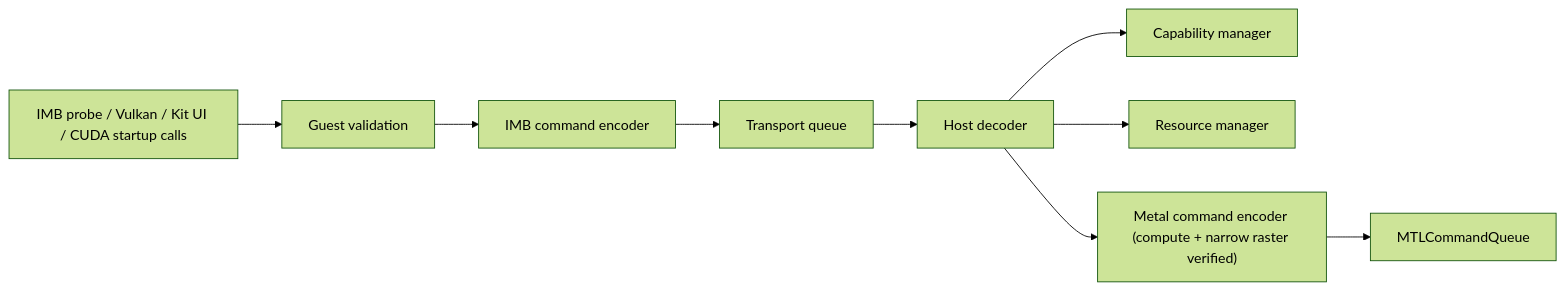
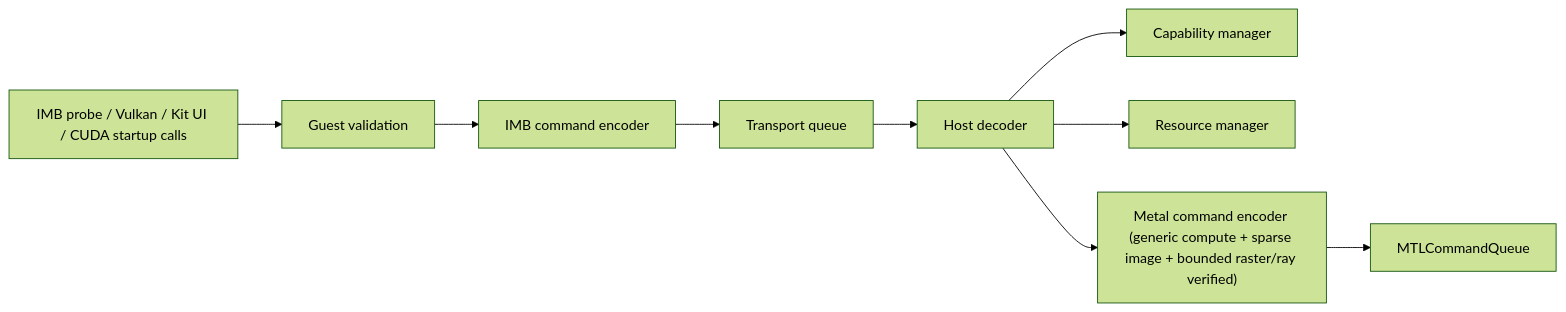
One commit to syun88/IsaacMetalBridge changed the third of 8 diagrams in docs/architecture.md. Above: the diagram before and after it, drawn with Mermaid (forest theme). The commit also changed other lines of this file and 33 other files, not shown here.

````diff
--- a/docs/architecture.md
+++ b/docs/architecture.md
@@ -51,11 +51,11 @@
 ```mermaid
 flowchart LR
   API["IMB probe / Vulkan / Kit UI / CUDA startup calls"] --> VAL["Guest validation"]
   VAL --> ENC["IMB command encoder"]
   ENC --> Q["Transport queue"]
   Q --> DEC["Host decoder"]
   DEC --> CAP["Capability manager"]
   DEC --> RM["Resource manager"]
-  DEC --> METAL["Metal command encoder (compute + narrow raster verified)"]
+  DEC --> METAL["Metal command encoder (generic compute + sparse image + bounded raster/ray verified)"]
   METAL --> CQ["MTLCommandQueue"]
 ```
````
